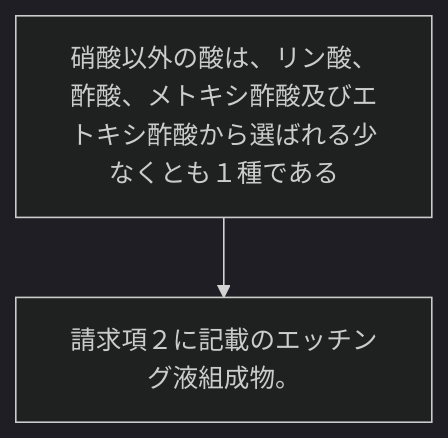
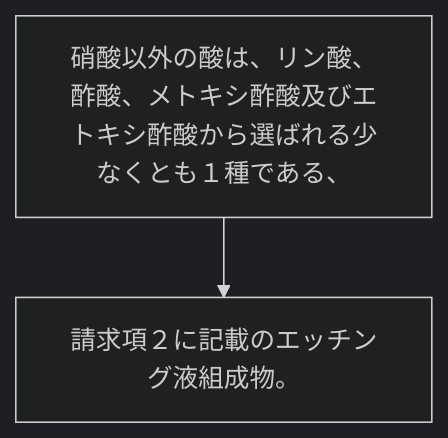
One commit to shinmori55/patent_analyzed changed the diagram in 2024/JP2024002670A/claim_3/README.md. Above: the diagram before and after it, drawn with Mermaid (dark theme). The commit also changed 31 other files, not shown here.

````diff
--- a/2024/JP2024002670A/claim_3/README.md
+++ b/2024/JP2024002670A/claim_3/README.md
@@ -2,6 +2,6 @@
 ```mermaid
 flowchart TD
-A[硝酸以外の酸は、リン酸、酢酸、メトキシ酢酸及びエトキシ酢酸から選ばれる少なくとも１種である]
+A[硝酸以外の酸は、リン酸、酢酸、メトキシ酢酸及びエトキシ酢酸から選ばれる少なくとも１種である、]
 B[請求項２に記載のエッチング液組成物。]
 A --> B
 ```
````
